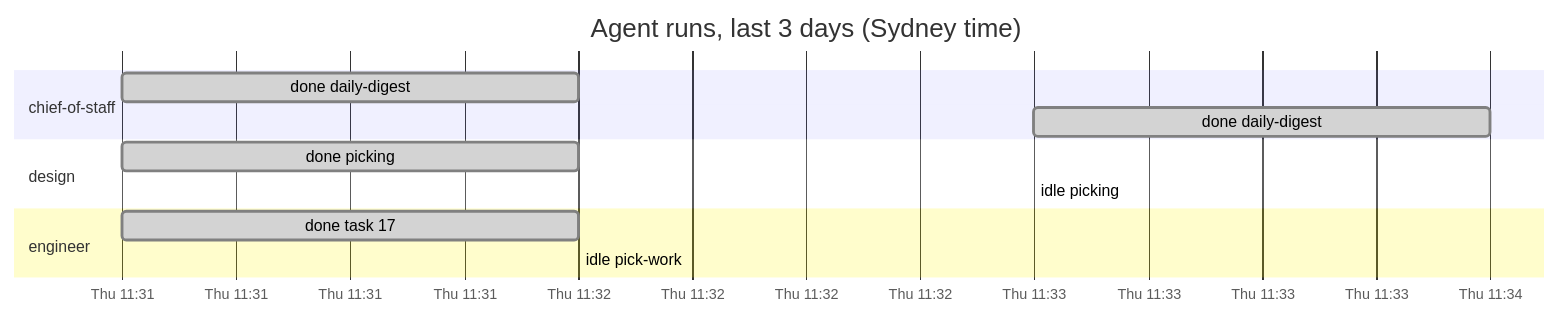
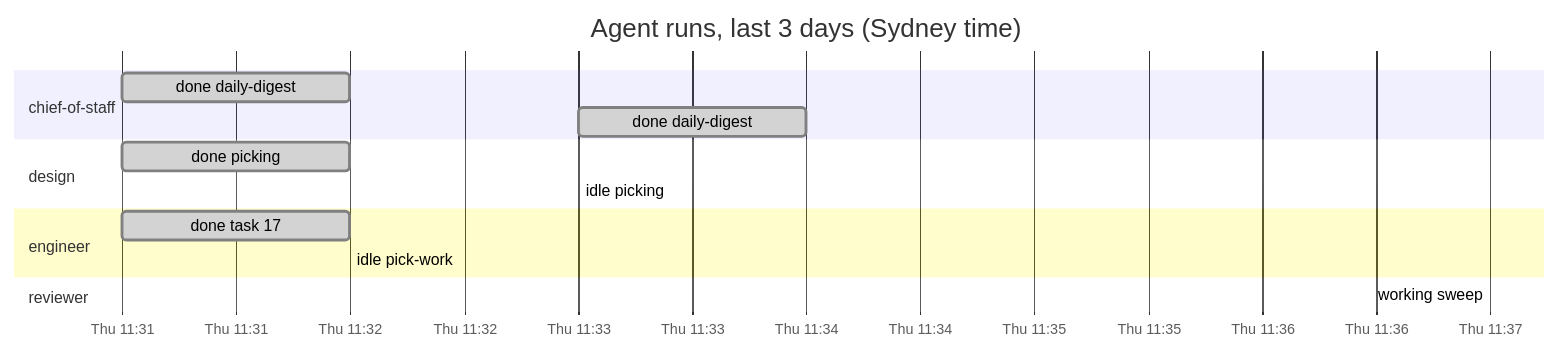
The diagram in dashboard.md (roulmediateam-byte/fifteen-expert-hq), drawn with Mermaid before and after one commit. The commit also changed other lines of this file and 1 other file, not shown here.

````diff
--- a/dashboard.md
+++ b/dashboard.md
@@ -31,15 +31,17 @@
 ```mermaid
 gantt
     title Agent runs, last 3 days (Sydney time)
     dateFormat YYYY-MM-DD HH:mm
     axisFormat %a %H:%M
     section chief-of-staff
     done daily-digest :done, 2026-11-05 11:31, 2026-11-05 11:32
     done daily-digest :done, 2026-11-05 11:33, 2026-11-05 11:34
     section design
     done picking :done, 2026-11-05 11:31, 2026-11-05 11:32
     idle picking :done, 2026-11-05 11:33, 2026-11-05 11:33
     section engineer
     done task 17 :done, 2026-11-05 11:31, 2026-11-05 11:32
     idle pick-work :done, 2026-11-05 11:32, 2026-11-05 11:32
+    section reviewer
+    working sweep :active, 2026-11-05 11:37, 2026-11-05 11:37
 ```
````
